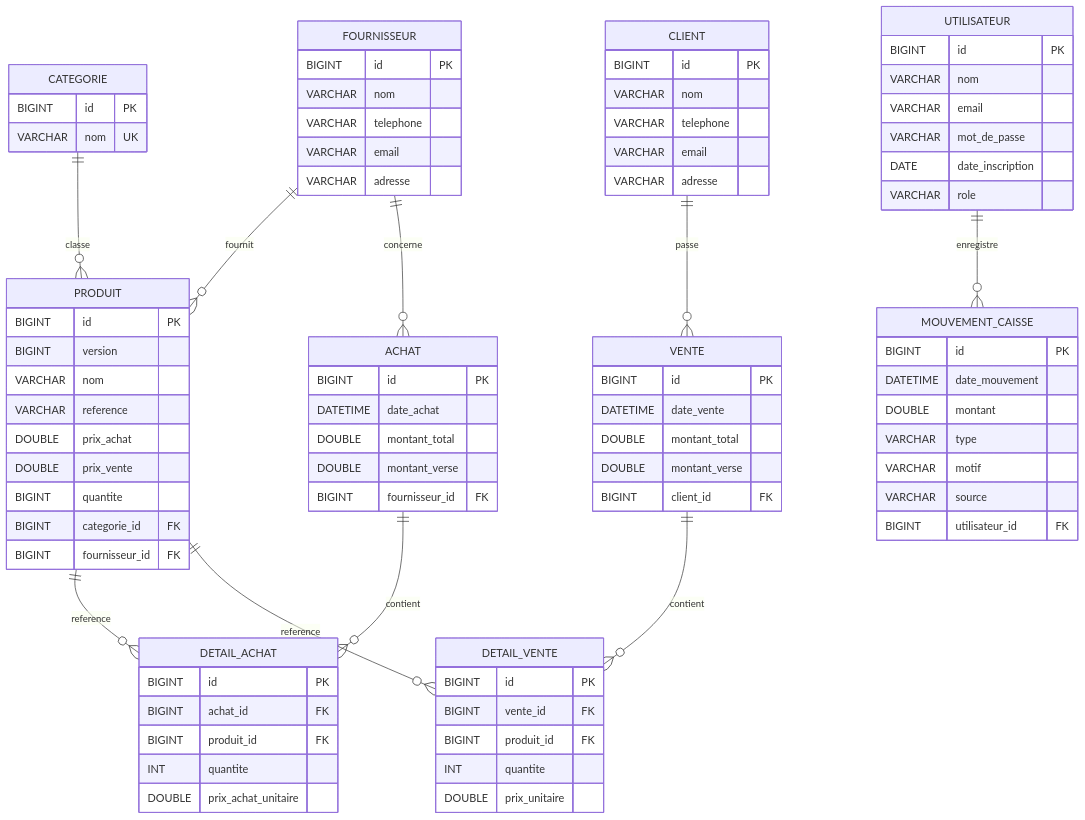
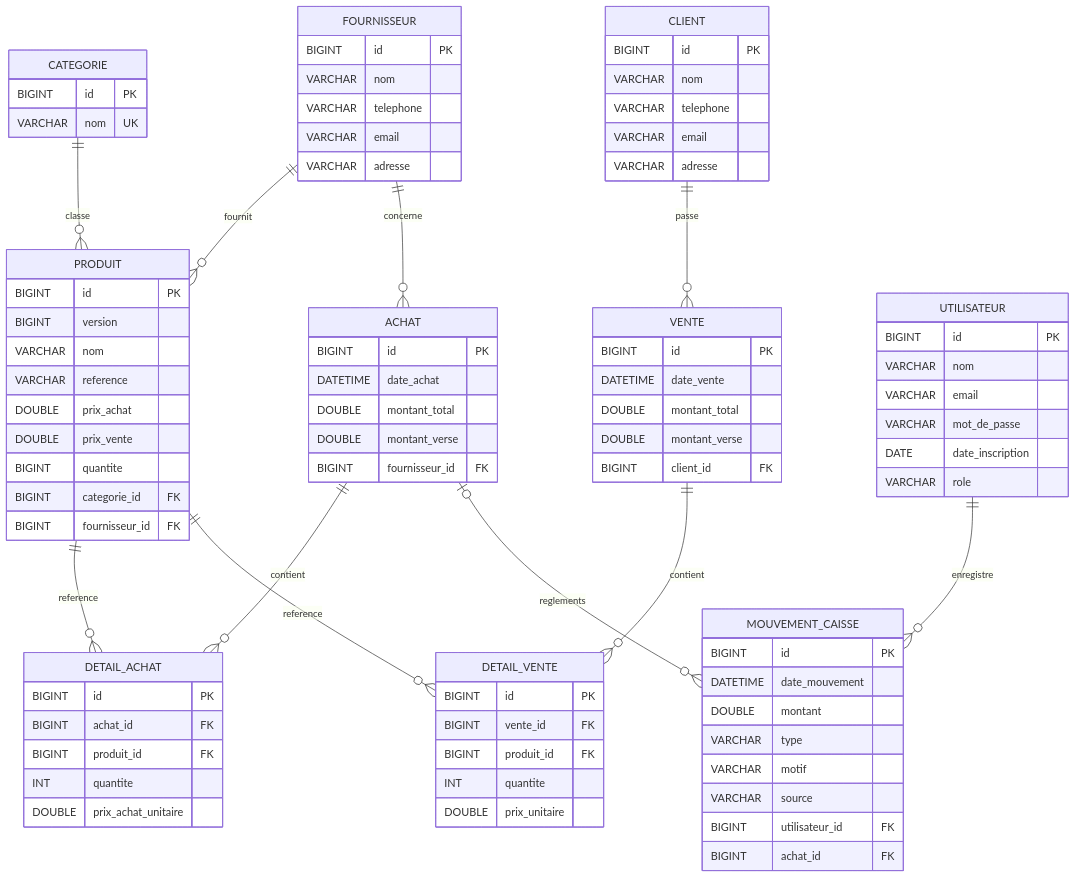
The diagram in docs/database-schema.md (CherifDalein/gestion-de-stock), drawn with Mermaid before and after one commit. The commit also changed other lines of this file and 18 other files, not shown here.

````diff
--- a/docs/database-schema.md
+++ b/docs/database-schema.md
@@ -93,6 +94,7 @@
     VENTE ||--o{ DETAIL_VENTE : contient
     PRODUIT ||--o{ DETAIL_VENTE : reference
     UTILISATEUR ||--o{ MOUVEMENT_CAISSE : enregistre
+    ACHAT o|--o{ MOUVEMENT_CAISSE : reglements
 
     CATEGORIE {
         BIGINT id PK
@@ -167,5 +169,6 @@
         VARCHAR motif
         VARCHAR source
         BIGINT utilisateur_id FK
+        BIGINT achat_id FK
     }
 ```
````
